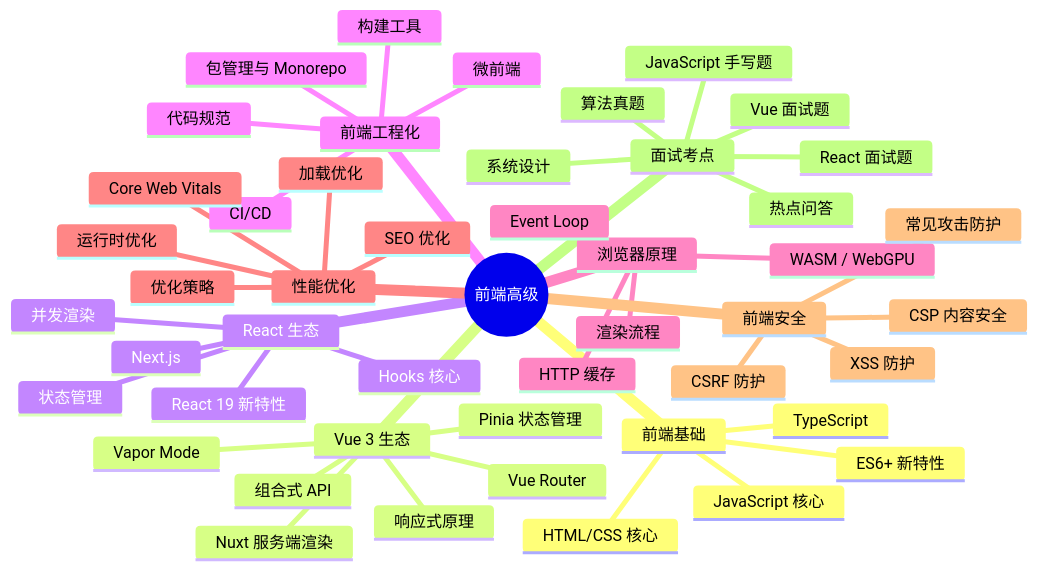
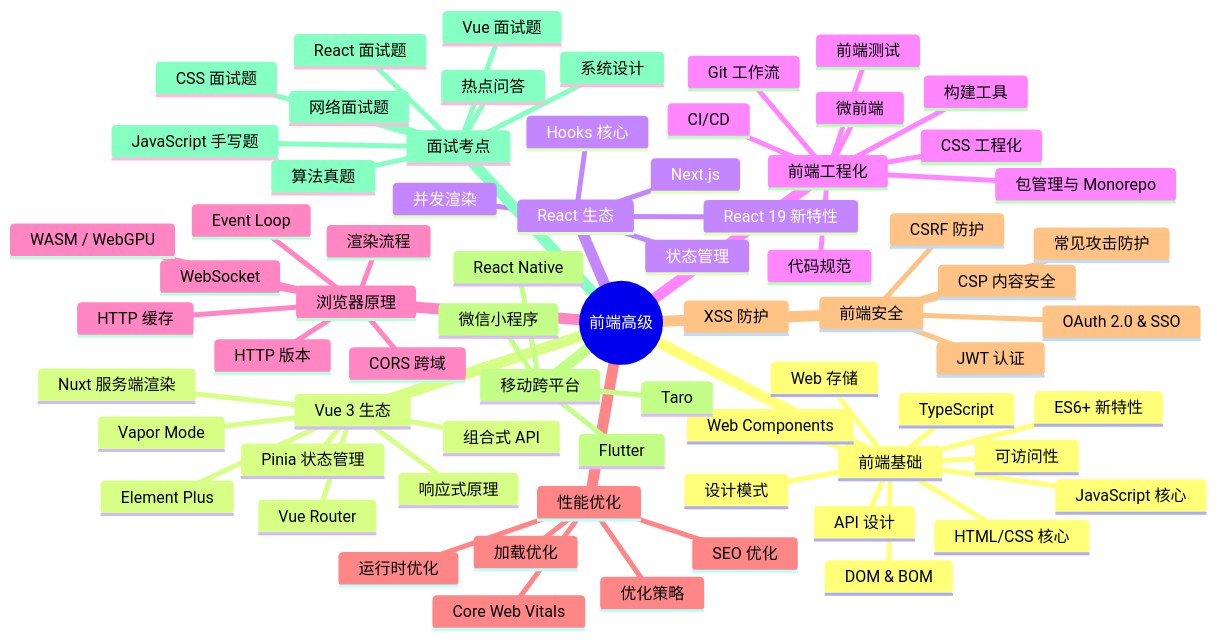
One commit to ScottWZY/portal changed the diagram in wiki-docs/docs/frontend/index.md. Above: the diagram before and after it, drawn with Mermaid. The commit also changed other lines of this file and 6 other files, not shown here.

````diff
--- a/wiki-docs/docs/frontend/index.md
+++ b/wiki-docs/docs/frontend/index.md
@@ -17,51 +17,73 @@
 ```mermaid
 mindmap
   root((前端高级))
     前端基础
       HTML/CSS 核心
       JavaScript 核心
       ES6+ 新特性
       TypeScript
+      DOM & BOM
+      Web 存储
+      设计模式
+      API 设计
+      可访问性
+      Web Components
     Vue 3 生态
       响应式原理
       组合式 API
       Pinia 状态管理
       Vue Router
       Vapor Mode
       Nuxt 服务端渲染
+      Element Plus
     React 生态
       Hooks 核心
       并发渲染
       React 19 新特性
       状态管理
       Next.js
     前端工程化
       包管理与 Monorepo
       构建工具
       代码规范
+      CSS 工程化
       微前端
       CI/CD
+      Git 工作流
+      前端测试
     浏览器原理
       渲染流程
       Event Loop
       HTTP 缓存
+      HTTP 版本
+      CORS 跨域
+      WebSocket
       WASM / WebGPU
     性能优化
       Core Web Vitals
       优化策略
       加载优化
       运行时优化
       SEO 优化
     前端安全
       XSS 防护
       CSRF 防护
       CSP 内容安全
+      JWT 认证
+      OAuth 2.0 & SSO
       常见攻击防护
+    移动跨平台
+      微信小程序
+      React Native
+      Flutter
+      Taro
     面试考点
       JavaScript 手写题
       Vue 面试题
       React 面试题
+      CSS 面试题
+      网络面试题
       算法真题
       系统设计
       热点问答
 ```
````
